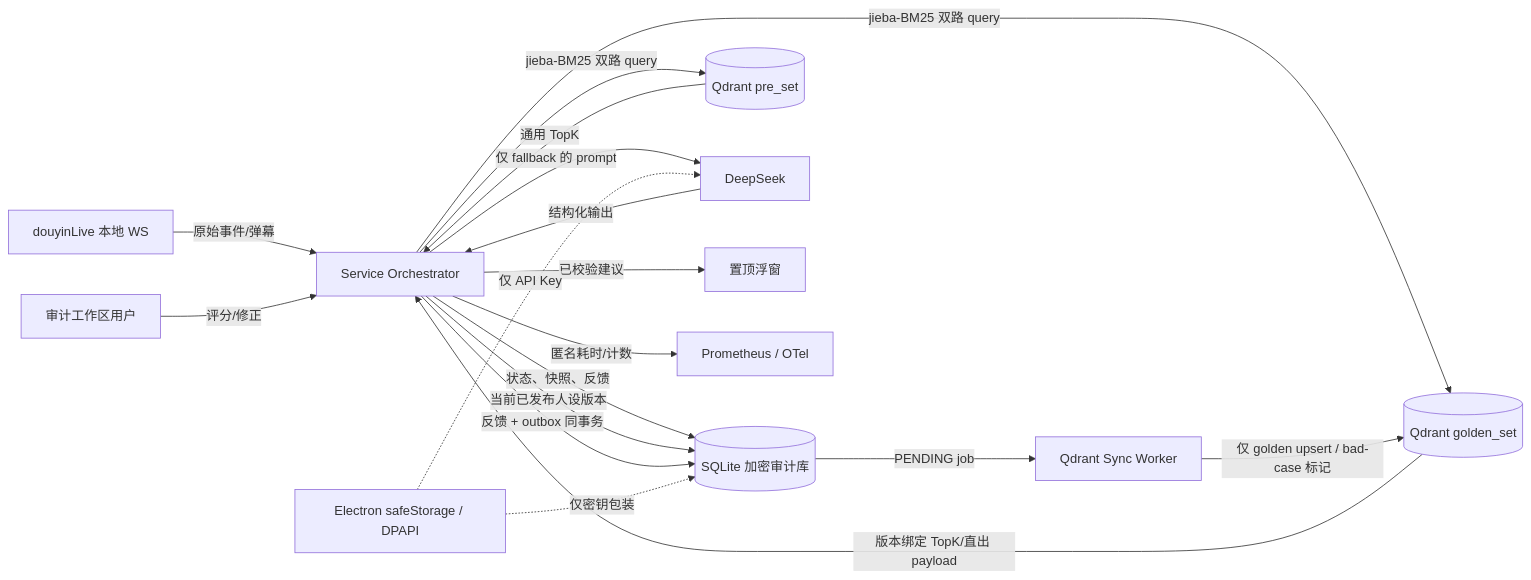
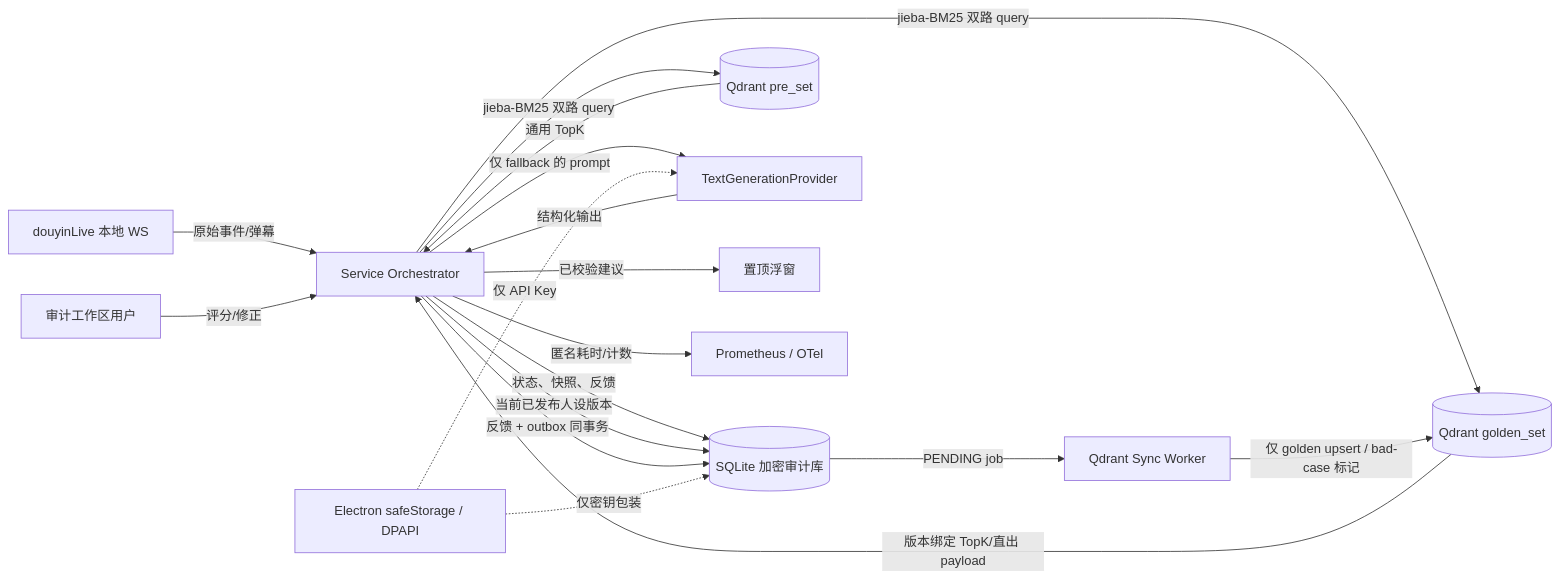
One commit to Ahsen17/douyin-echocue-standalone changed the first of 5 diagrams in docs/09-design/Echocue-数据建模与迁移设计-v0.1.md. Above: the diagram before and after it, drawn with Mermaid. The commit also changed other lines of this file and 40 other files, not shown here.

````diff
--- a/docs/09-design/Echocue-数据建模与迁移设计-v0.1.md
+++ b/docs/09-design/Echocue-数据建模与迁移设计-v0.1.md
@@ -31,20 +31,20 @@
 ```mermaid
 flowchart LR
   WS[douyinLive 本地 WS] -->|原始事件/弹幕| ORCH[Service Orchestrator]
   ORCH -->|状态、快照、反馈| AUDIT[(SQLite 加密审计库)]
   ORCH -->|当前已发布人设版本| AUDIT
   ORCH -->|jieba-BM25 双路 query| PRE[(Qdrant pre_set)]
   ORCH -->|jieba-BM25 双路 query| GOLD[(Qdrant golden_set)]
   PRE -->|通用 TopK| ORCH
   GOLD -->|版本绑定 TopK/直出 payload| ORCH
-  ORCH -->|仅 fallback 的 prompt| LLM[DeepSeek]
+  ORCH -->|仅 fallback 的 prompt| LLM[TextGenerationProvider]
   LLM -->|结构化输出| ORCH
   ORCH -->|已校验建议| OVL[置顶浮窗]
   USER[审计工作区用户] -->|评分/修正| ORCH
   ORCH -->|反馈 + outbox 同事务| AUDIT
   AUDIT -->|PENDING job| SYNC[Qdrant Sync Worker]
   SYNC -->|仅 golden upsert / bad-case 标记| GOLD
   ORCH -->|匿名耗时/计数| OBS[Prometheus / OTel]
   KEY[Electron safeStorage / DPAPI] -.仅密钥包装.-> AUDIT
   KEY -.仅 API Key.-> LLM
 ```
````
